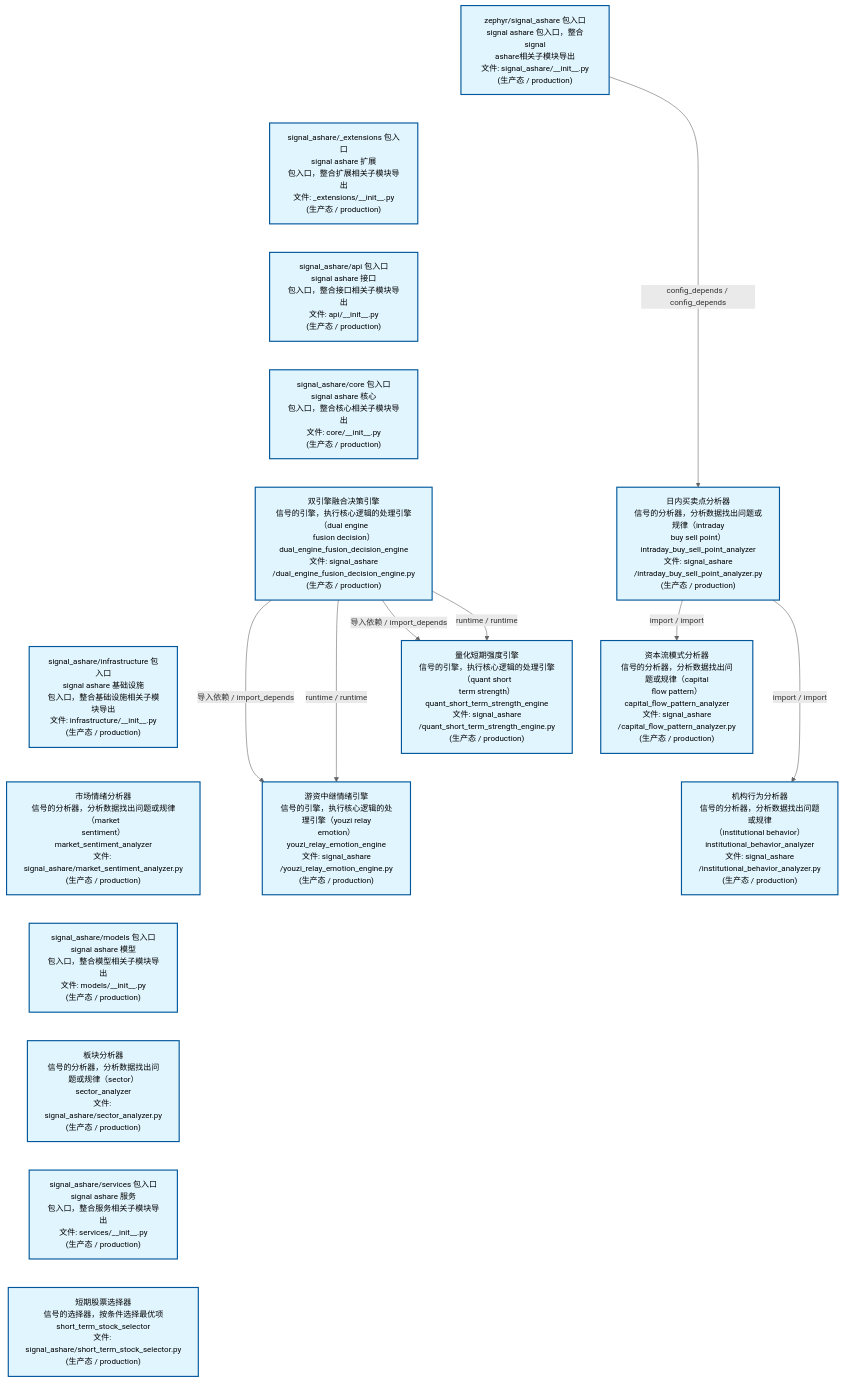
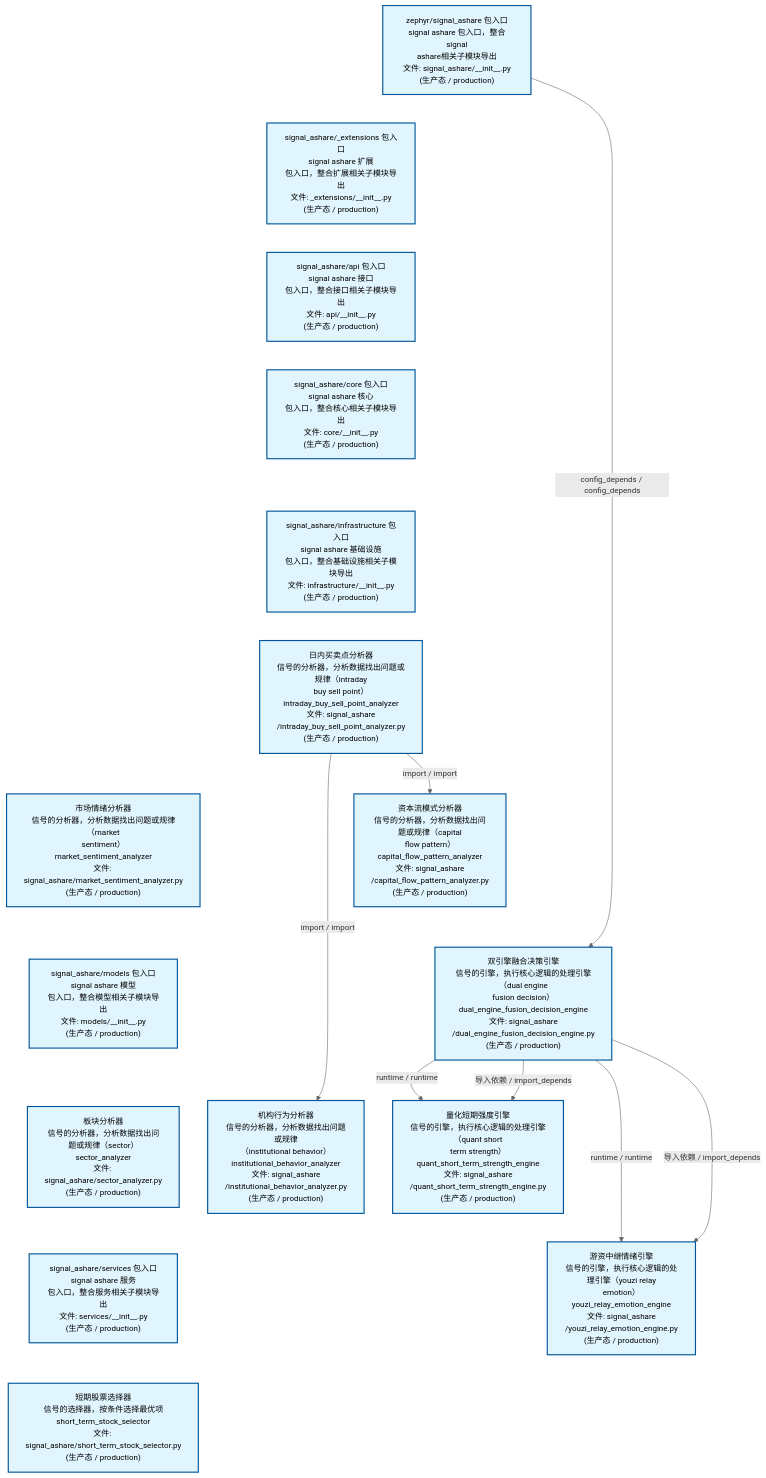
Before and after one commit to xuanFelixVan/ZephyrAlpha: the second of 4 diagrams in docs/02_enterprise_architecture/02_domain_architecture_docs/32_d_ashare_signal.md, drawn with Mermaid. The commit also changed other lines of this file and 47 other files, not shown here.

````diff
--- a/docs/02_enterprise_architecture/02_domain_architecture_docs/32_d_ashare_signal.md
+++ b/docs/02_enterprise_architecture/02_domain_architecture_docs/32_d_ashare_signal.md
@@ -162,45 +163,45 @@
 ```mermaid
 %%{init: {'theme': 'base', 'themeVariables': {'primaryColor': '#eaeaea', 'primaryTextColor': '#333333', 'primaryBorderColor': '#666666', 'lineColor': '#666666', 'secondaryColor': '#eaeaea', 'tertiaryColor': '#eaeaea', 'fontSize': '14px'}}}%%
 flowchart TD
     src_zephyr_signal_ashare_init_py["zephyr/signal_ashare 包入口<br/>signal ashare 包入口，整合signal<br/>ashare相关子模块导出<br/>文件: signal_ashare/__init__.py<br/>(生产态 / production)"]
     src_zephyr_signal_ashare_extensions_init_py["signal_ashare/_extensions 包入口<br/>signal ashare 扩展<br/>包入口，整合扩展相关子模块导出<br/>文件: _extensions/__init__.py<br/>(生产态 / production)"]
     src_zephyr_signal_ashare_api_init_py["signal_ashare/api 包入口<br/>signal ashare 接口<br/>包入口，整合接口相关子模块导出<br/>文件: api/__init__.py<br/>(生产态 / production)"]
     src_zephyr_signal_ashare_core_init_py["signal_ashare/core 包入口<br/>signal ashare 核心<br/>包入口，整合核心相关子模块导出<br/>文件: core/__init__.py<br/>(生产态 / production)"]
-    src_zephyr_signal_ashare_dual_engine_fusion_decision_engine_py["双引擎融合决策引擎<br/>信号的引擎，执行核心逻辑的处理引擎（dual engine<br/>fusion decision）<br/>dual_engine_fusion_decision_engine<br/>文件: signal_ashare<br/>/dual_engine_fusion_decision_engine.py<br/>(生产态 / production)"]
     src_zephyr_signal_ashare_infrastructure_init_py["signal_ashare/infrastructure 包入口<br/>signal ashare 基础设施<br/>包入口，整合基础设施相关子模块导出<br/>文件: infrastructure/__init__.py<br/>(生产态 / production)"]
+    src_zephyr_signal_ashare_intraday_buy_sell_point_analyzer_py["日内买卖点分析器<br/>信号的分析器，分析数据找出问题或规律（intraday<br/>buy sell point）<br/>intraday_buy_sell_point_analyzer<br/>文件: signal_ashare<br/>/intraday_buy_sell_point_analyzer.py<br/>(生产态 / production)"]
     src_zephyr_signal_ashare_market_sentiment_analyzer_py["市场情绪分析器<br/>信号的分析器，分析数据找出问题或规律（market<br/>sentiment）<br/>market_sentiment_analyzer<br/>文件: signal_ashare/market_sentiment_analyzer.py<br/>(生产态 / production)"]
     src_zephyr_signal_ashare_models_init_py["signal_ashare/models 包入口<br/>signal ashare 模型<br/>包入口，整合模型相关子模块导出<br/>文件: models/__init__.py<br/>(生产态 / production)"]
     src_zephyr_signal_ashare_sector_analyzer_py["板块分析器<br/>信号的分析器，分析数据找出问题或规律（sector）<br/>sector_analyzer<br/>文件: signal_ashare/sector_analyzer.py<br/>(生产态 / production)"]
     src_zephyr_signal_ashare_services_init_py["signal_ashare/services 包入口<br/>signal ashare 服务<br/>包入口，整合服务相关子模块导出<br/>文件: services/__init__.py<br/>(生产态 / production)"]
     src_zephyr_signal_ashare_short_term_stock_selector_py["短期股票选择器<br/>信号的选择器，按条件选择最优项<br/>short_term_stock_selector<br/>文件: signal_ashare/short_term_stock_selector.py<br/>(生产态 / production)"]
     src_zephyr_signal_ashare_init_py ~~~ src_zephyr_signal_ashare_extensions_init_py
     src_zephyr_signal_ashare_extensions_init_py ~~~ src_zephyr_signal_ashare_api_init_py
     src_zephyr_signal_ashare_api_init_py ~~~ src_zephyr_signal_ashare_core_init_py
-    src_zephyr_signal_ashare_core_init_py ~~~ src_zephyr_signal_ashare_dual_engine_fusion_decision_engine_py
-    src_zephyr_signal_ashare_dual_engine_fusion_decision_engine_py ~~~ src_zephyr_signal_ashare_infrastructure_init_py
-    src_zephyr_signal_ashare_infrastructure_init_py ~~~ src_zephyr_signal_ashare_market_sentiment_analyzer_py
+    src_zephyr_signal_ashare_core_init_py ~~~ src_zephyr_signal_ashare_infrastructure_init_py
+    src_zephyr_signal_ashare_infrastructure_init_py ~~~ src_zephyr_signal_ashare_intraday_buy_sell_point_analyzer_py
+    src_zephyr_signal_ashare_intraday_buy_sell_point_analyzer_py ~~~ src_zephyr_signal_ashare_market_sentiment_analyzer_py
     src_zephyr_signal_ashare_market_sentiment_analyzer_py ~~~ src_zephyr_signal_ashare_models_init_py
     src_zephyr_signal_ashare_models_init_py ~~~ src_zephyr_signal_ashare_sector_analyzer_py
     src_zephyr_signal_ashare_sector_analyzer_py ~~~ src_zephyr_signal_ashare_services_init_py
     src_zephyr_signal_ashare_services_init_py ~~~ src_zephyr_signal_ashare_short_term_stock_selector_py
-    src_zephyr_signal_ashare_intraday_buy_sell_point_analyzer_py["日内买卖点分析器<br/>信号的分析器，分析数据找出问题或规律（intraday<br/>buy sell point）<br/>intraday_buy_sell_point_analyzer<br/>文件: signal_ashare<br/>/intraday_buy_sell_point_analyzer.py<br/>(生产态 / production)"]
+    src_zephyr_signal_ashare_capital_flow_pattern_analyzer_py["资本流模式分析器<br/>信号的分析器，分析数据找出问题或规律（capital<br/>flow pattern）<br/>capital_flow_pattern_analyzer<br/>文件: signal_ashare<br/>/capital_flow_pattern_analyzer.py<br/>(生产态 / production)"]
+    src_zephyr_signal_ashare_dual_engine_fusion_decision_engine_py["双引擎融合决策引擎<br/>信号的引擎，执行核心逻辑的处理引擎（dual engine<br/>fusion decision）<br/>dual_engine_fusion_decision_engine<br/>文件: signal_ashare<br/>/dual_engine_fusion_decision_engine.py<br/>(生产态 / production)"]
+    src_zephyr_signal_ashare_institutional_behavior_analyzer_py["机构行为分析器<br/>信号的分析器，分析数据找出问题或规律<br/>（institutional behavior）<br/>institutional_behavior_analyzer<br/>文件: signal_ashare<br/>/institutional_behavior_analyzer.py<br/>(生产态 / production)"]
+    src_zephyr_signal_ashare_capital_flow_pattern_analyzer_py ~~~ src_zephyr_signal_ashare_dual_engine_fusion_decision_engine_py
+    src_zephyr_signal_ashare_dual_engine_fusion_decision_engine_py ~~~ src_zephyr_signal_ashare_institutional_behavior_analyzer_py
     src_zephyr_signal_ashare_quant_short_term_strength_engine_py["量化短期强度引擎<br/>信号的引擎，执行核心逻辑的处理引擎（quant short<br/>term strength）<br/>quant_short_term_strength_engine<br/>文件: signal_ashare<br/>/quant_short_term_strength_engine.py<br/>(生产态 / production)"]
     src_zephyr_signal_ashare_youzi_relay_emotion_engine_py["游资中继情绪引擎<br/>信号的引擎，执行核心逻辑的处理引擎（youzi relay<br/>emotion）<br/>youzi_relay_emotion_engine<br/>文件: signal_ashare<br/>/youzi_relay_emotion_engine.py<br/>(生产态 / production)"]
-    src_zephyr_signal_ashare_intraday_buy_sell_point_analyzer_py ~~~ src_zephyr_signal_ashare_quant_short_term_strength_engine_py
     src_zephyr_signal_ashare_quant_short_term_strength_engine_py ~~~ src_zephyr_signal_ashare_youzi_relay_emotion_engine_py
-    src_zephyr_signal_ashare_capital_flow_pattern_analyzer_py["资本流模式分析器<br/>信号的分析器，分析数据找出问题或规律（capital<br/>flow pattern）<br/>capital_flow_pattern_analyzer<br/>文件: signal_ashare<br/>/capital_flow_pattern_analyzer.py<br/>(生产态 / production)"]
-    src_zephyr_signal_ashare_institutional_behavior_analyzer_py["机构行为分析器<br/>信号的分析器，分析数据找出问题或规律<br/>（institutional behavior）<br/>institutional_behavior_analyzer<br/>文件: signal_ashare<br/>/institutional_behavior_analyzer.py<br/>(生产态 / production)"]
-    src_zephyr_signal_ashare_capital_flow_pattern_analyzer_py ~~~ src_zephyr_signal_ashare_institutional_behavior_analyzer_py
+    src_zephyr_signal_ashare_dual_engine_fusion_decision_engine_py -->|runtime / runtime| src_zephyr_signal_ashare_quant_short_term_strength_engine_py
+    src_zephyr_signal_ashare_dual_engine_fusion_decision_engine_py -->|导入依赖 / import_depends| src_zephyr_signal_ashare_quant_short_term_strength_engine_py
+    src_zephyr_signal_ashare_dual_engine_fusion_decision_engine_py -->|runtime / runtime| src_zephyr_signal_ashare_youzi_relay_emotion_engine_py
+    src_zephyr_signal_ashare_dual_engine_fusion_decision_engine_py -->|导入依赖 / import_depends| src_zephyr_signal_ashare_youzi_relay_emotion_engine_py
     src_zephyr_signal_ashare_intraday_buy_sell_point_analyzer_py -->|import / import| src_zephyr_signal_ashare_capital_flow_pattern_analyzer_py
     src_zephyr_signal_ashare_intraday_buy_sell_point_analyzer_py -->|import / import| src_zephyr_signal_ashare_institutional_behavior_analyzer_py
-    src_zephyr_signal_ashare_dual_engine_fusion_decision_engine_py -->|导入依赖 / import_depends| src_zephyr_signal_ashare_youzi_relay_emotion_engine_py
-    src_zephyr_signal_ashare_dual_engine_fusion_decision_engine_py -->|runtime / runtime| src_zephyr_signal_ashare_youzi_relay_emotion_engine_py
-    src_zephyr_signal_ashare_dual_engine_fusion_decision_engine_py -->|导入依赖 / import_depends| src_zephyr_signal_ashare_quant_short_term_strength_engine_py
-    src_zephyr_signal_ashare_dual_engine_fusion_decision_engine_py -->|runtime / runtime| src_zephyr_signal_ashare_quant_short_term_strength_engine_py
-    src_zephyr_signal_ashare_init_py -->|config_depends / config_depends| src_zephyr_signal_ashare_intraday_buy_sell_point_analyzer_py
+    src_zephyr_signal_ashare_init_py -->|config_depends / config_depends| src_zephyr_signal_ashare_dual_engine_fusion_decision_engine_py
     classDef production fill:#e1f5fe,stroke:#01579b,stroke-width:2px,color:#000
     classDef design fill:#fff3e0,stroke:#e65100,stroke-width:2px,color:#000,stroke-dasharray: 5 5
     classDef external_prod fill:#e8f4fd,stroke:#0277bd,stroke-width:1px,color:#000
     classDef external_design fill:#fff8e7,stroke:#ef6c00,stroke-width:1px,color:#000,stroke-dasharray: 5 5
     class src_zephyr_signal_ashare_init_py,src_zephyr_signal_ashare_extensions_init_py,src_zephyr_signal_ashare_api_init_py,src_zephyr_signal_ashare_capital_flow_pattern_analyzer_py,src_zephyr_signal_ashare_core_init_py,src_zephyr_signal_ashare_dual_engine_fusion_decision_engine_py,src_zephyr_signal_ashare_infrastructure_init_py,src_zephyr_signal_ashare_institutional_behavior_analyzer_py,src_zephyr_signal_ashare_intraday_buy_sell_point_analyzer_py,src_zephyr_signal_ashare_market_sentiment_analyzer_py,src_zephyr_signal_ashare_models_init_py,src_zephyr_signal_ashare_quant_short_term_strength_engine_py,src_zephyr_signal_ashare_sector_analyzer_py,src_zephyr_signal_ashare_services_init_py,src_zephyr_signal_ashare_short_term_stock_selector_py,src_zephyr_signal_ashare_youzi_relay_emotion_engine_py production
 ```
````
